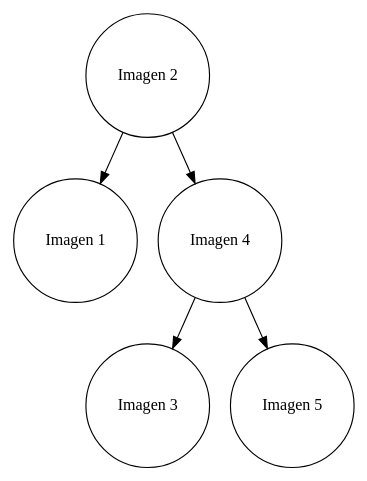
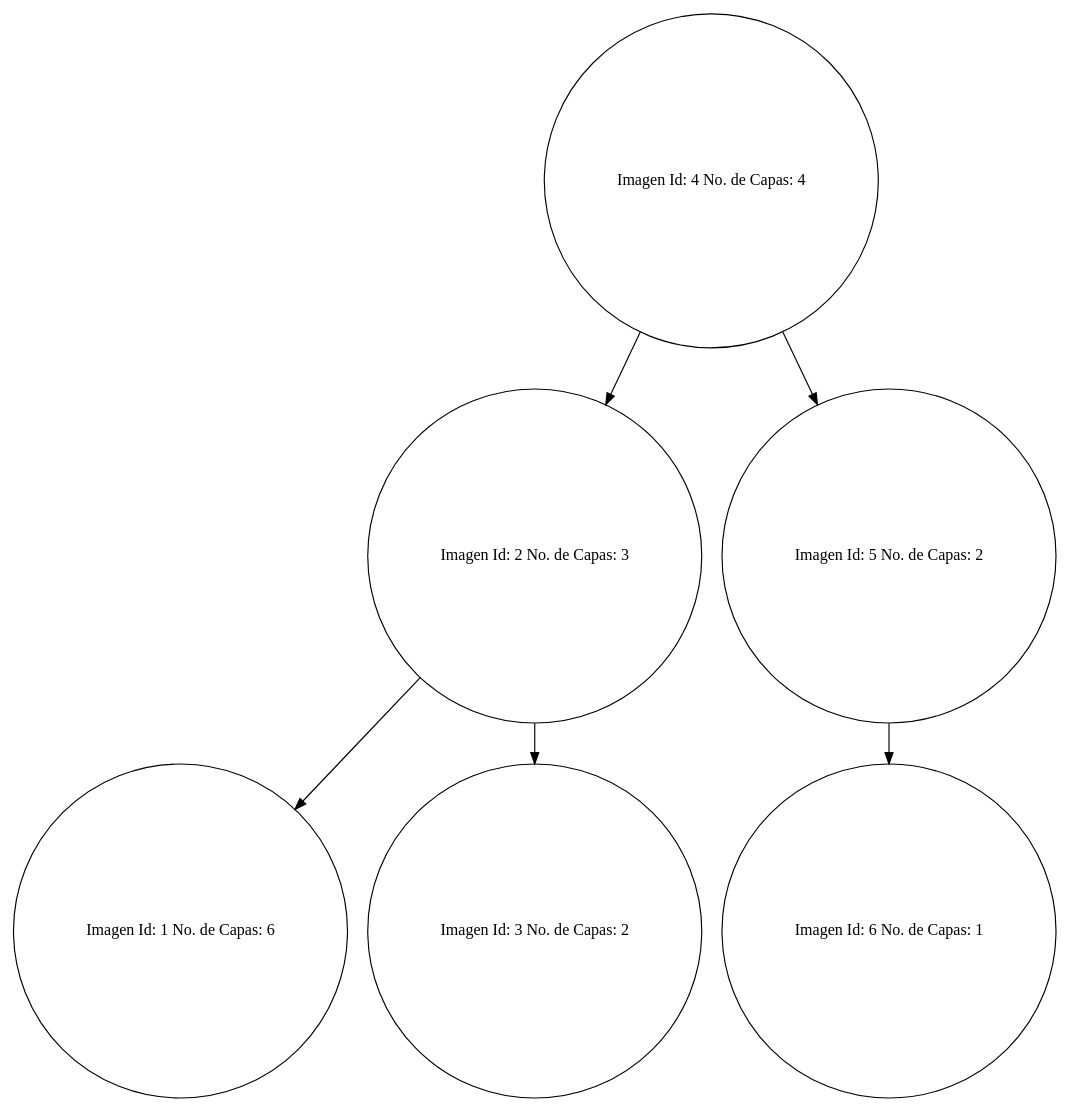
The diagram in Fase 2/fase2_EDD/Clientes/Cliente_7/Imagenes/Arbol_AVL_Imagenes/Arbol_AVL_Imagenes.dot (diegomazariegos2002/EDD_UDRAWING_FASE_202003975), drawn with Graphviz before and after one commit. The commit also changed 30 other files, not shown here.

```diff
--- a/Fase 2/fase2_EDD/Clientes/Cliente_7/Imagenes/Arbol_AVL_Imagenes/Arbol_AVL_Imagenes.dot
+++ b/Fase 2/fase2_EDD/Clientes/Cliente_7/Imagenes/Arbol_AVL_Imagenes/Arbol_AVL_Imagenes.dot
@@ -1,21 +1,25 @@
 digraph binaryTree { 
 node[shape = circle]; 
 
-Nodo1998685266[label = "Imagen 2"];
+Nodo616960725[label = "Imagen Id: 4 No. de Capas: 4"];
 
-Nodo1998685266 -> Nodo1226030292; 
+Nodo616960725 -> Nodo2073177497; 
 
-Nodo1998685266 -> Nodo529344580; 
+Nodo616960725 -> Nodo1456194094; 
 
-Nodo1226030292[label = "Imagen 1"];
+Nodo2073177497[label = "Imagen Id: 2 No. de Capas: 3"];
 
-Nodo529344580[label = "Imagen 4"];
+Nodo2073177497 -> Nodo553101674; 
 
-Nodo529344580 -> Nodo538440275; 
+Nodo2073177497 -> Nodo884164379; 
 
-Nodo529344580 -> Nodo1534062871; 
+Nodo553101674[label = "Imagen Id: 1 No. de Capas: 6"];
 
-Nodo538440275[label = "Imagen 3"];
+Nodo884164379[label = "Imagen Id: 3 No. de Capas: 2"];
 
-Nodo1534062871[label = "Imagen 5"];
+Nodo1456194094[label = "Imagen Id: 5 No. de Capas: 2"];
+
+Nodo1456194094 -> Nodo1588026097; 
+
+Nodo1588026097[label = "Imagen Id: 6 No. de Capas: 1"];
 }
```
